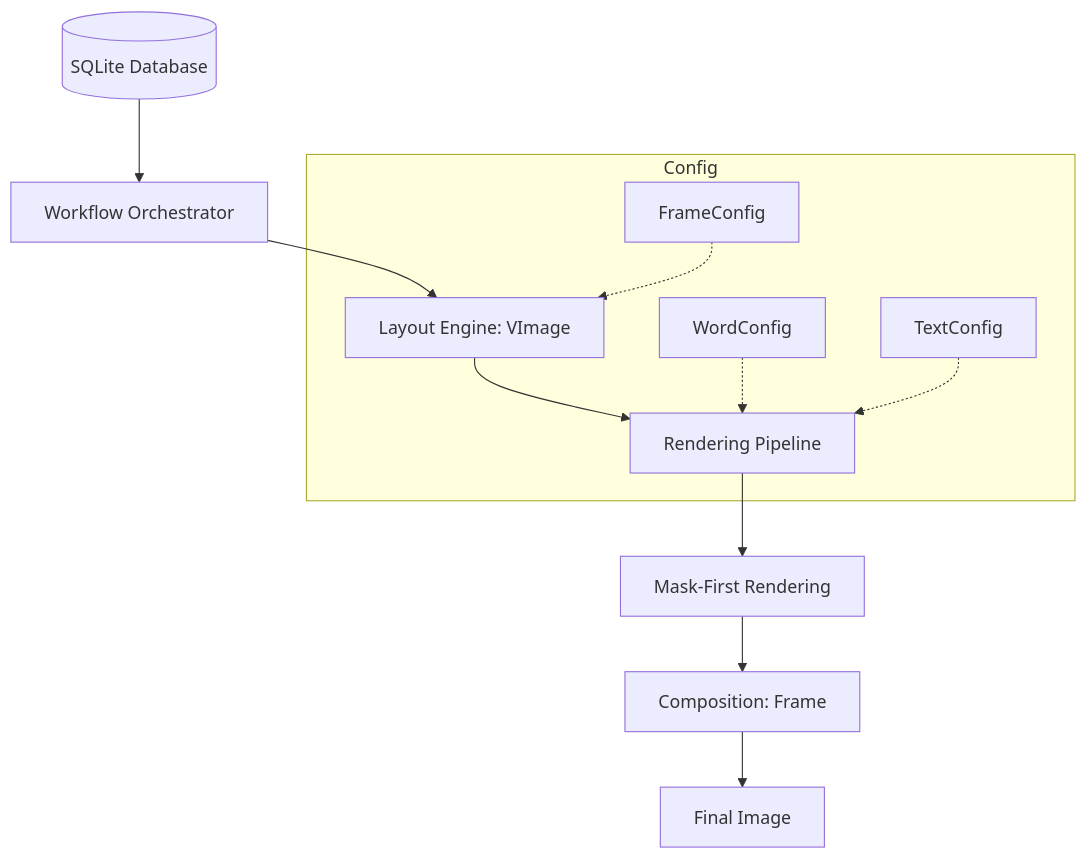
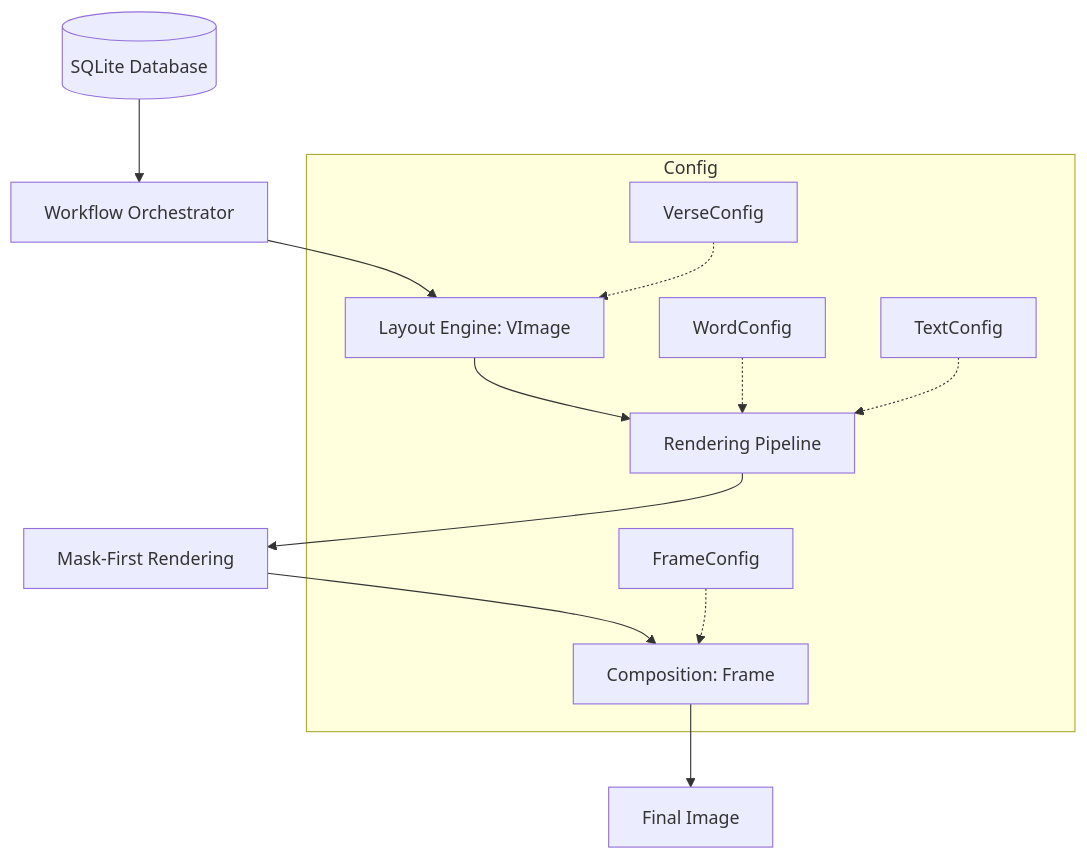
The diagram in README.md (AtTheZenith/quranmedialib), drawn with Mermaid before and after one commit.

Commit message:
fix: correct mermaid data flow — FrameConfig→Comp, add VerseConfig→Layout

````diff
--- a/README.md
+++ b/README.md
@@ -138,15 +138,16 @@
 ```mermaid
 graph TD
     DB[(SQLite Database)] -->     WF[Workflow Orchestrator]
     WF --> Layout[Layout Engine: VImage]
     Layout --> Pipe[Rendering Pipeline]
     Pipe --> Mask[Mask-First Rendering]
     Mask --> Comp[Composition: Frame]
     Comp --> Out[Final Image]
     
     subgraph Config
-        F[FrameConfig] -.-> Layout
-        W[WordConfig] -.-> Pipe
-        T[TextConfig] -.-> Pipe
+        FC[FrameConfig] -.-> Comp
+        VC[VerseConfig] -.-> Layout
+        WC[WordConfig] -.-> Pipe
+        TC[TextConfig] -.-> Pipe
     end
 ```
````
